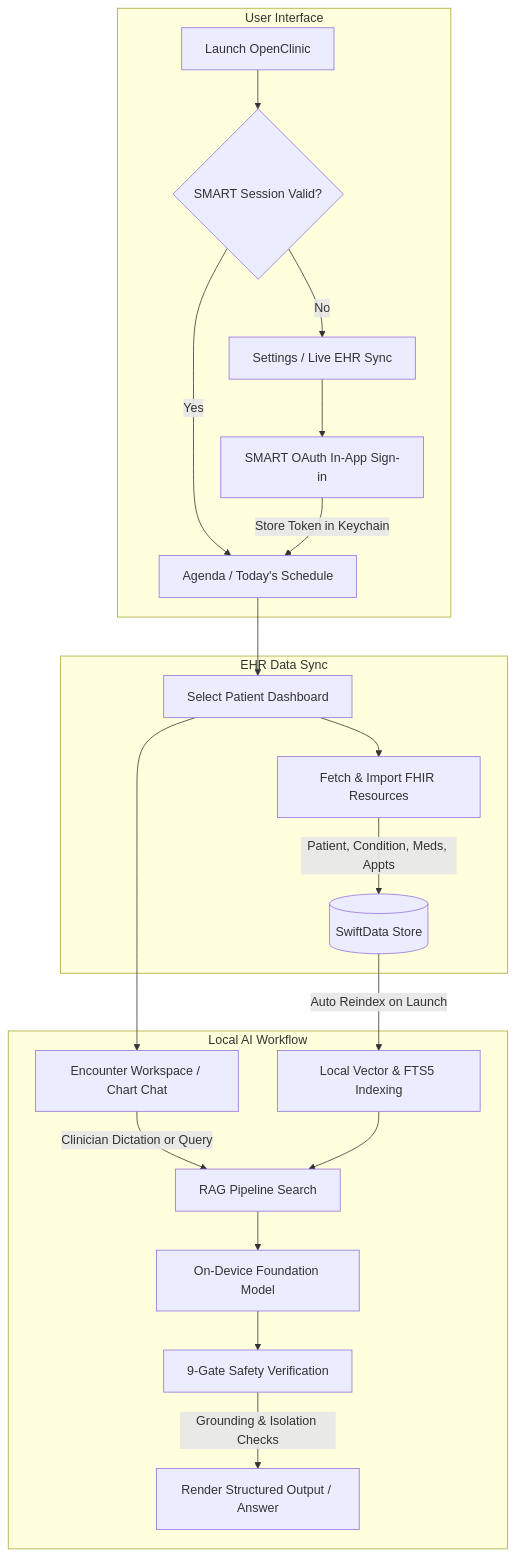
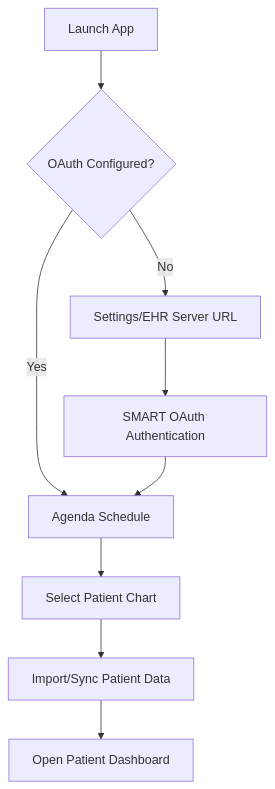
The first of 4 diagrams in README.md (Gunnarguy/OpenClinic), drawn with Mermaid before and after one commit. The commit also changed other lines of this file and 6 other files, not shown here.

First line of the commit message:
Refactor and update documentation across multiple files for OpenClinic

````diff
--- a/README.md
+++ b/README.md
@@ -60,26 +60,11 @@
 ```mermaid
 flowchart TD
-    subgraph UI ["User Interface"]
-        A[Launch OpenClinic] --> B{SMART Session Valid?}
-        B -->|No| C[Settings / Live EHR Sync]
-        B -->|Yes| D[Agenda / Today's Schedule]
-        C --> E[SMART OAuth In-App Sign-in]
-        E -->|Store Token in Keychain| D
-    end
-
-    subgraph DataSync ["EHR Data Sync"]
-        D --> F[Select Patient Dashboard]
-        F --> G[Fetch & Import FHIR Resources]
-        G -->|Patient, Condition, Meds, Appts| H[(SwiftData Store)]
-    end
-
-    subgraph Intelligence ["Local AI Workflow"]
-        H -->|Auto Reindex on Launch| I[Local Vector & FTS5 Indexing]
-        F --> J[Encounter Workspace / Chart Chat]
-        J -->|Clinician Dictation or Query| K[RAG Pipeline Search]
-        I --> K
-        K --> L[On-Device Foundation Model]
-        L --> M[9-Gate Safety Verification]
-        M -->|Grounding & Isolation Checks| N[Render Structured Output / Answer]
-    end
+    A[Launch App] --> B{OAuth Configured?}
+    B -->|No| C[Settings/EHR Server URL]
+    B -->|Yes| D[Agenda Schedule]
+    C --> E[SMART OAuth Authentication]
+    E --> D
+    D --> F[Select Patient Chart]
+    F --> G[Import/Sync Patient Data]
+    G --> H[Open Patient Dashboard]
 ```
````
